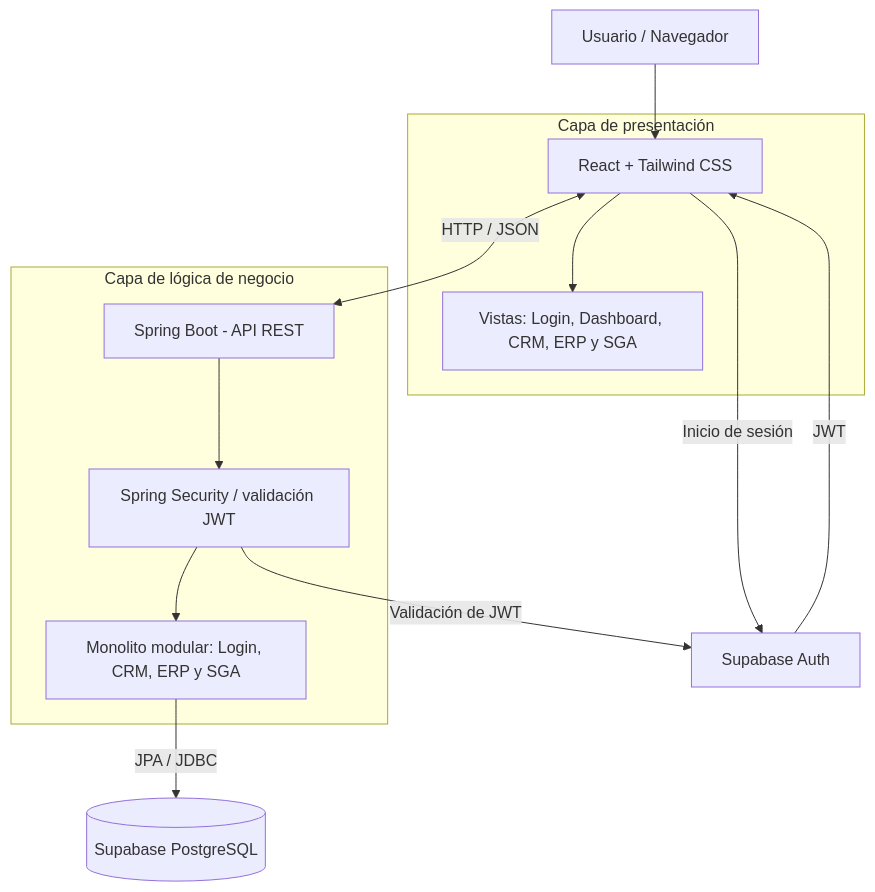
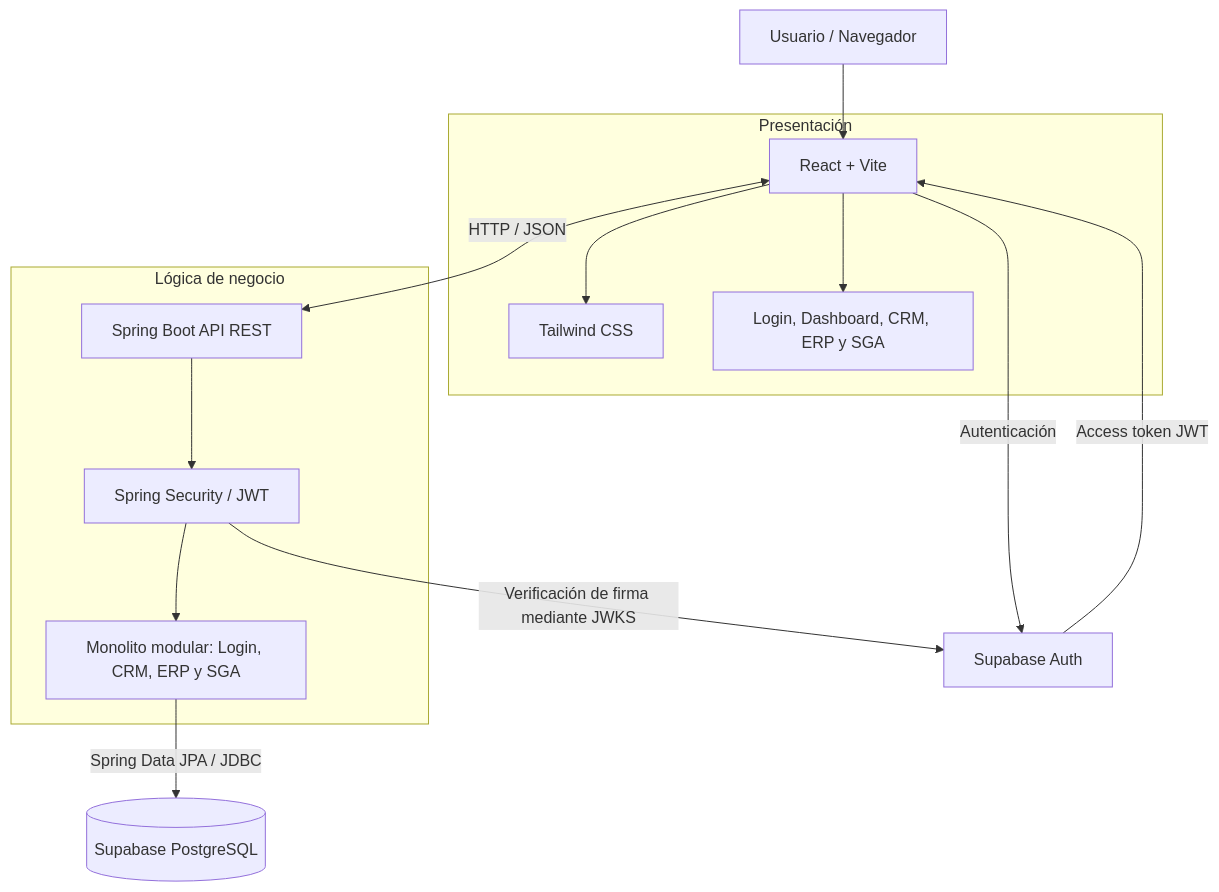
Before and after one commit to SebastianUD/arise-corp: the diagram in README.md, drawn with Mermaid. The commit also changed other lines of this file, not shown here.

````diff
--- a/README.md
+++ b/README.md
@@ -22,23 +26,29 @@
 ```mermaid
 flowchart TB
     U[Usuario / Navegador]
-    subgraph FE[Capa de presentación]
-        R[React + Tailwind CSS]
-        V[Vistas: Login, Dashboard, CRM, ERP y SGA]
+
+    subgraph FE["Presentación"]
+        R[React + Vite]
+        T[Tailwind CSS]
+        V[Login, Dashboard, CRM, ERP y SGA]
+        R --> T
         R --> V
     end
-    subgraph BE[Capa de lógica de negocio]
-        S[Spring Boot - API REST]
-        SEC[Spring Security / validación JWT]
+
+    subgraph BE["Lógica de negocio"]
+        API[Spring Boot API REST]
+        SEC[Spring Security / JWT]
         MOD[Monolito modular: Login, CRM, ERP y SGA]
-        S --> SEC --> MOD
+        API --> SEC --> MOD
     end
+
+    AUTH[Supabase Auth]
     DB[(Supabase PostgreSQL)]
-    AUTH[Supabase Auth]
+
     U --> R
-    R <-->|HTTP / JSON| S
-    R -->|Inicio de sesión| AUTH
-    AUTH -->|JWT| R
-    SEC -->|Validación de JWT| AUTH
-    MOD -->|JPA / JDBC| DB
+    R <-->|HTTP / JSON| API
+    R -->|Autenticación| AUTH
+    AUTH -->|Access token JWT| R
+    SEC -->|Verificación de firma mediante JWKS| AUTH
+    MOD -->|Spring Data JPA / JDBC| DB
 ```
````
